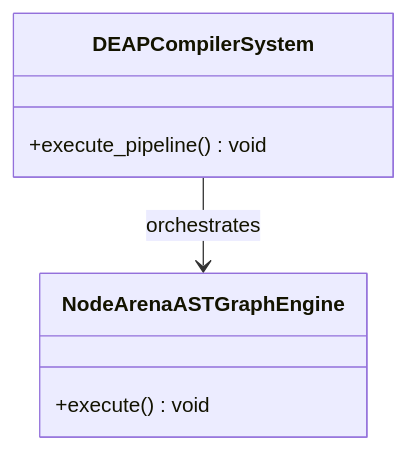
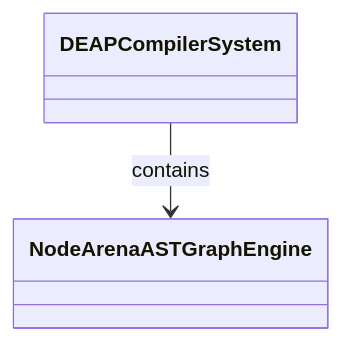
Before and after one commit to gintatkinson/dumpiler-01: the first of 2 diagrams in docs/epics/EPIC-05-Subsystem_3_Core_Metamodel_Node_Arena.md, drawn with Mermaid. The commit also changed other lines of this file and 101 other files, not shown here.

````diff
--- a/docs/epics/EPIC-05-Subsystem_3_Core_Metamodel_Node_Arena.md
+++ b/docs/epics/EPIC-05-Subsystem_3_Core_Metamodel_Node_Arena.md
@@ -51,10 +66,6 @@
 ```mermaid
 classDiagram
-    class DEAPCompilerSystem {
-        +execute_pipeline() void
-    }
-    class NodeArenaASTGraphEngine {
-        +execute() void
-    }
-    DEAPCompilerSystem --> NodeArenaASTGraphEngine : orchestrates
+    class DEAPCompilerSystem
+    class NodeArenaASTGraphEngine
+    DEAPCompilerSystem --> NodeArenaASTGraphEngine : contains
 ```
````
